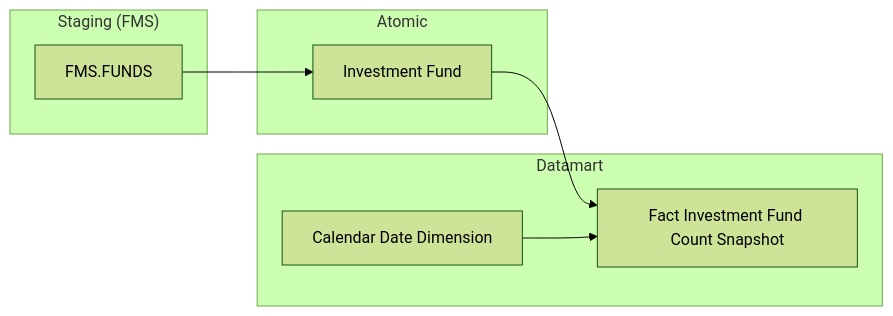
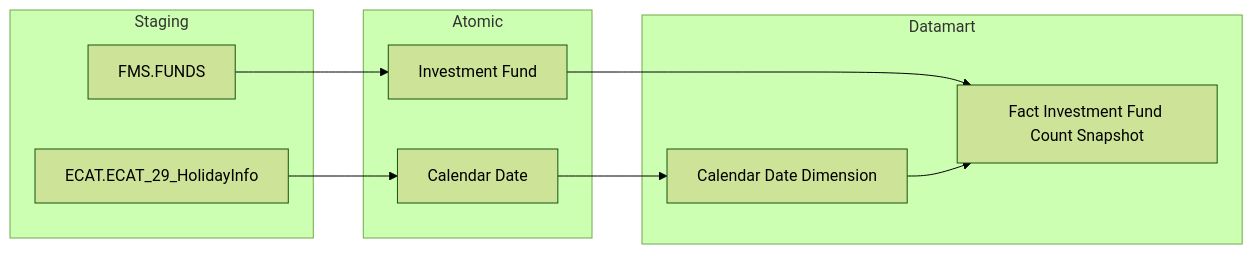
The fifth of 37 diagrams in Datamart/hld/DTM_FMS_HLD.md (linhlvit/ubck_atomic_design), drawn with Mermaid (forest theme) before and after one commit. The commit also changed other lines of this file and 10 other files, not shown here.

````diff
--- a/Datamart/hld/DTM_FMS_HLD.md
+++ b/Datamart/hld/DTM_FMS_HLD.md
@@ -226,19 +209,25 @@
 ```mermaid
 flowchart LR
-    subgraph SRC["Staging (FMS)"]
+    subgraph SRC["Staging"]
         S1["FMS.FUNDS"]
+        SE1["ECAT.ECAT_29_HolidayInfo"]
     end
 
     subgraph SIL["Atomic"]
         SV1["Investment Fund"]
+        SV2["Calendar Date"]
     end
 
     subgraph GOLD["Datamart"]
         G1["Fact Investment Fund Count Snapshot"]
         G2["Calendar Date Dimension"]
     end
 
     S1 --> SV1
+    SE1 --> SV2
+
     SV1 --> G1
+    SV2 --> G2
+
     G2 --> G1
 ```
````
